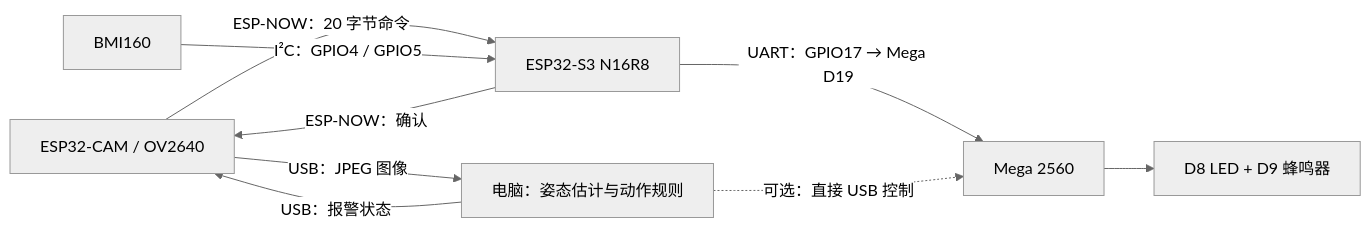
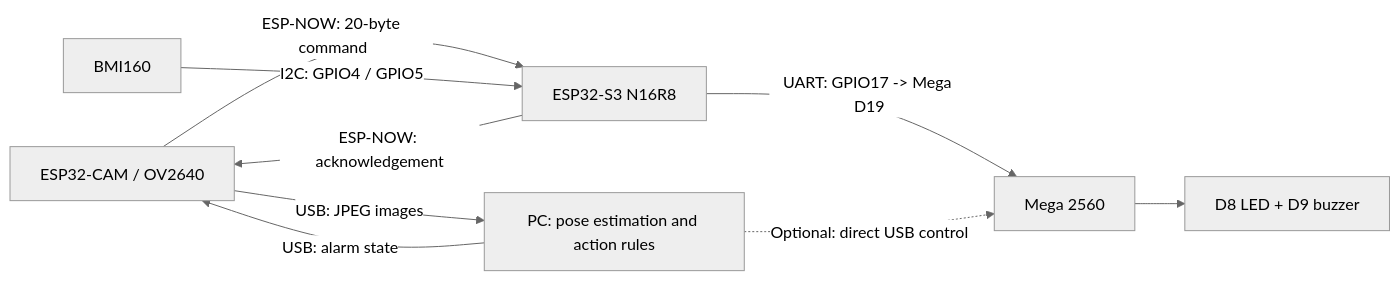
One commit to Steven-ZYC/int4089-fitness-aid-bot changed the diagram in README.md. Above: the diagram before and after it, drawn with Mermaid (neutral theme). The commit also changed other lines of this file and 51 other files, not shown here.

````diff
--- a/README.md
+++ b/README.md
@@ -7,11 +11,11 @@
 ```mermaid
 flowchart LR
-    CAM["ESP32-CAM / OV2640"] -->|"USB：JPEG 图像"| PC["电脑：姿态估计与动作规则"]
-    PC -->|"USB：报警状态"| CAM
-    CAM -->|"ESP-NOW：20 字节命令"| S3["ESP32-S3 N16R8"]
-    S3 -->|"ESP-NOW：确认"| CAM
-    IMU["BMI160"] -->|"I²C：GPIO4 / GPIO5"| S3
-    S3 -->|"UART：GPIO17 → Mega D19"| MEGA["Mega 2560"]
-    PC -. "可选：直接 USB 控制" .-> MEGA
-    MEGA --> OUT["D8 LED + D9 蜂鸣器"]
+    CAM["ESP32-CAM / OV2640"] -->|"USB: JPEG images"| PC["PC: pose estimation and action rules"]
+    PC -->|"USB: alarm state"| CAM
+    CAM -->|"ESP-NOW: 20-byte command"| S3["ESP32-S3 N16R8"]
+    S3 -->|"ESP-NOW: acknowledgement"| CAM
+    IMU["BMI160"] -->|"I2C: GPIO4 / GPIO5"| S3
+    S3 -->|"UART: GPIO17 -> Mega D19"| MEGA["Mega 2560"]
+    PC -. "Optional: direct USB control" .-> MEGA
+    MEGA --> OUT["D8 LED + D9 buzzer"]
 ```
````
